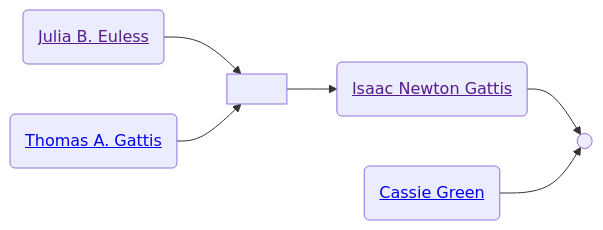
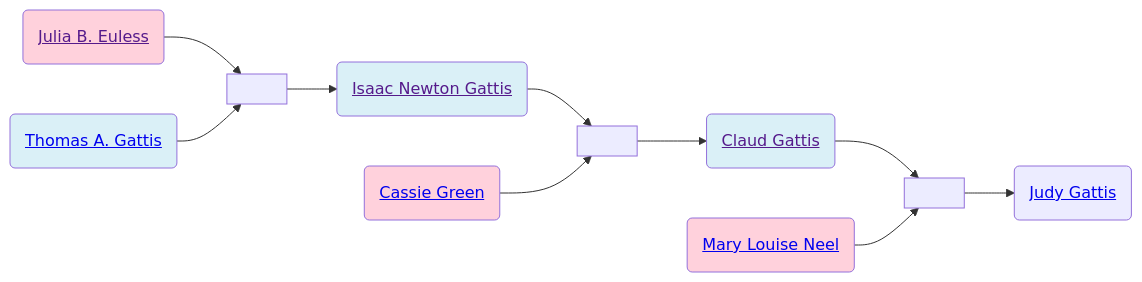
One commit to neelsmith/avocational changed the second of 2 diagrams in familyhistory/sources/people/Gattis-line/Euless-line/Julia_B._Euless.qmd. Above: the diagram before and after it, drawn with Mermaid. The commit also changed other lines of this file and 91 other files, not shown here.

Commit message:
Rebuild descendant diagrams

````diff
--- a/familyhistory/sources/people/Gattis-line/Euless-line/Julia_B._Euless.qmd
+++ b/familyhistory/sources/people/Gattis-line/Euless-line/Julia_B._Euless.qmd
@@ -46,14 +47,26 @@
 ```{mermaid}
 graph LR
+%% LR descendant diagram
 class Julia_B._Euless_and_Thomas_A._Gattis marriage
 Julia_B._Euless(<a href=''>Julia B. Euless</>) --> Julia_B._Euless_and_Thomas_A._Gattis[ ]
 Thomas_A._Gattis(<a href='./../Thomas_A._Gattis.html'>Thomas A. Gattis</>) --> Julia_B._Euless_and_Thomas_A._Gattis(( ))
+class Thomas_A._Gattis father
+class Julia_B._Euless mother
 Julia_B._Euless_and_Thomas_A._Gattis[ ] --> Isaac_Newton_Gattis(<a href='./../Isaac_Newton_Gattis.html'>Isaac Newton Gattis</>)
 class Isaac_Newton_Gattis_and_Cassie_Green marriage
 Isaac_Newton_Gattis(<a href=''>Isaac Newton Gattis</>) --> Isaac_Newton_Gattis_and_Cassie_Green[ ]
 Cassie_Green(<a href='./Green-line/Cassie_Green.html'>Cassie Green</>) --> Isaac_Newton_Gattis_and_Cassie_Green(( ))
+class Isaac_Newton_Gattis father
+class Cassie_Green mother
+Isaac_Newton_Gattis_and_Cassie_Green[ ] --> Claud_Gattis(<a href='./Claud_Gattis.html'>Claud Gattis</>)
+class Claud_Gattis_and_Mary_Louise_Neel marriage
+Claud_Gattis(<a href=''>Claud Gattis</>) --> Claud_Gattis_and_Mary_Louise_Neel[ ]
+Mary_Louise_Neel(<a href='./../Neel-line/Mary_Louise_Neel.html'>Mary Louise Neel</>) --> Claud_Gattis_and_Mary_Louise_Neel(( ))
+class Claud_Gattis father
+class Mary_Louise_Neel mother
+Claud_Gattis_and_Mary_Louise_Neel[ ] --> Judy_Gattis(<a href='./Judy_Gattis.html'>Judy Gattis</>)
 classDef mother fill:#ffd1dc
 classDef father fill:#daf0f7  
 classDef marriage fill:#ffffff
 
 ```
````
